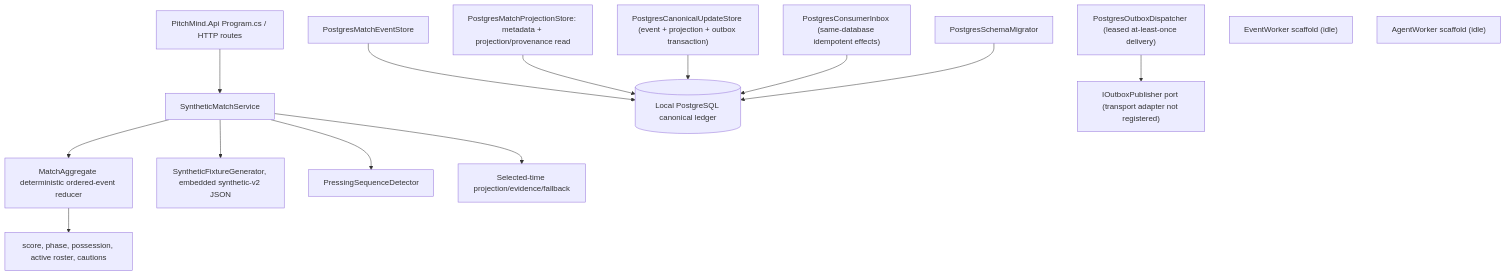
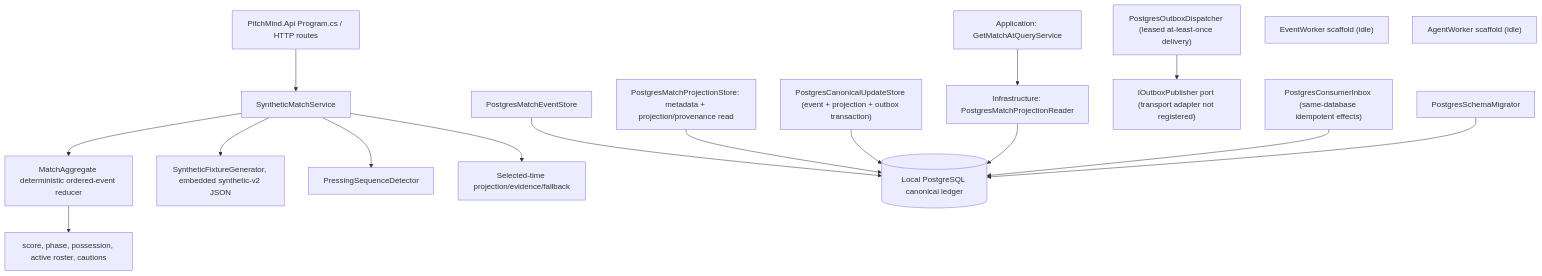
One commit to prateekgangopadhyay/PitchMind changed the first of 2 diagrams in docs/architecture/03-components.md. Above: the diagram before and after it, drawn with Mermaid. The commit also changed other lines of this file and 14 other files, not shown here.

Commit message:
feat(storage): replay selected-time projections (EP04-S04)

````diff
--- a/docs/architecture/03-components.md
+++ b/docs/architecture/03-components.md
@@ -9,17 +9,18 @@
 ```mermaid
 flowchart TB
   API["PitchMind.Api Program.cs / HTTP routes"] --> Match["SyntheticMatchService"]
   Match --> Aggregate["MatchAggregate deterministic ordered-event reducer"]
   Aggregate --> State["score, phase, possession, active roster, cautions"]
   Match --> Fixture["SyntheticFixtureGenerator, embedded synthetic-v2 JSON"]
   Match --> Press["PressingSequenceDetector"]
   Match --> Replay["Selected-time projection/evidence/fallback"]
   Ledger["PostgresMatchEventStore"] --> DB[("Local PostgreSQL canonical ledger")]
   ProjectionRead["PostgresMatchProjectionStore: metadata + projection/provenance read"] --> DB
   CanonicalWrite["PostgresCanonicalUpdateStore (event + projection + outbox transaction)"] --> DB
+  PointInTime["Application: GetMatchAtQueryService"] --> ReplayReader["Infrastructure: PostgresMatchProjectionReader"] --> DB
   Dispatcher["PostgresOutboxDispatcher (leased at-least-once delivery)"] --> Publisher["IOutboxPublisher port (transport adapter not registered)"]
   Inbox["PostgresConsumerInbox (same-database idempotent effects)"] --> DB
   Migrator["PostgresSchemaMigrator"] --> DB
   EventWorker["EventWorker scaffold (idle)"]
   AgentWorker["AgentWorker scaffold (idle)"]
 ```
````
